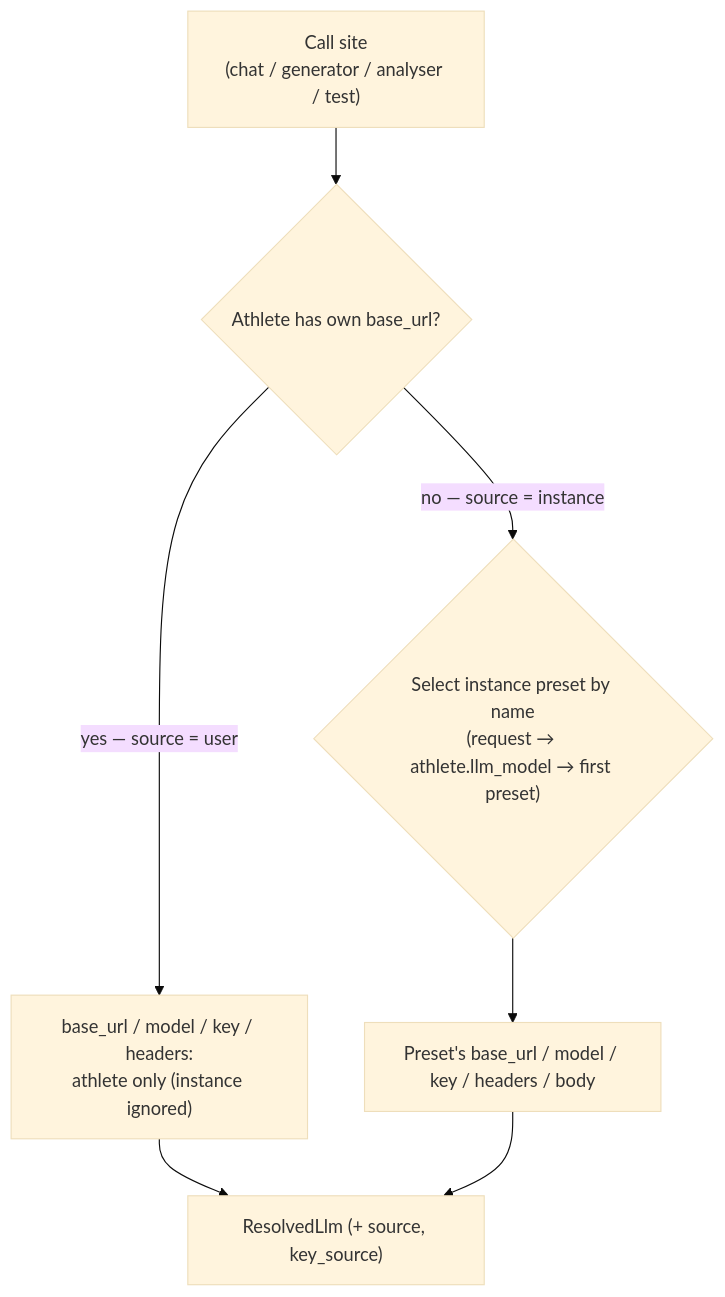
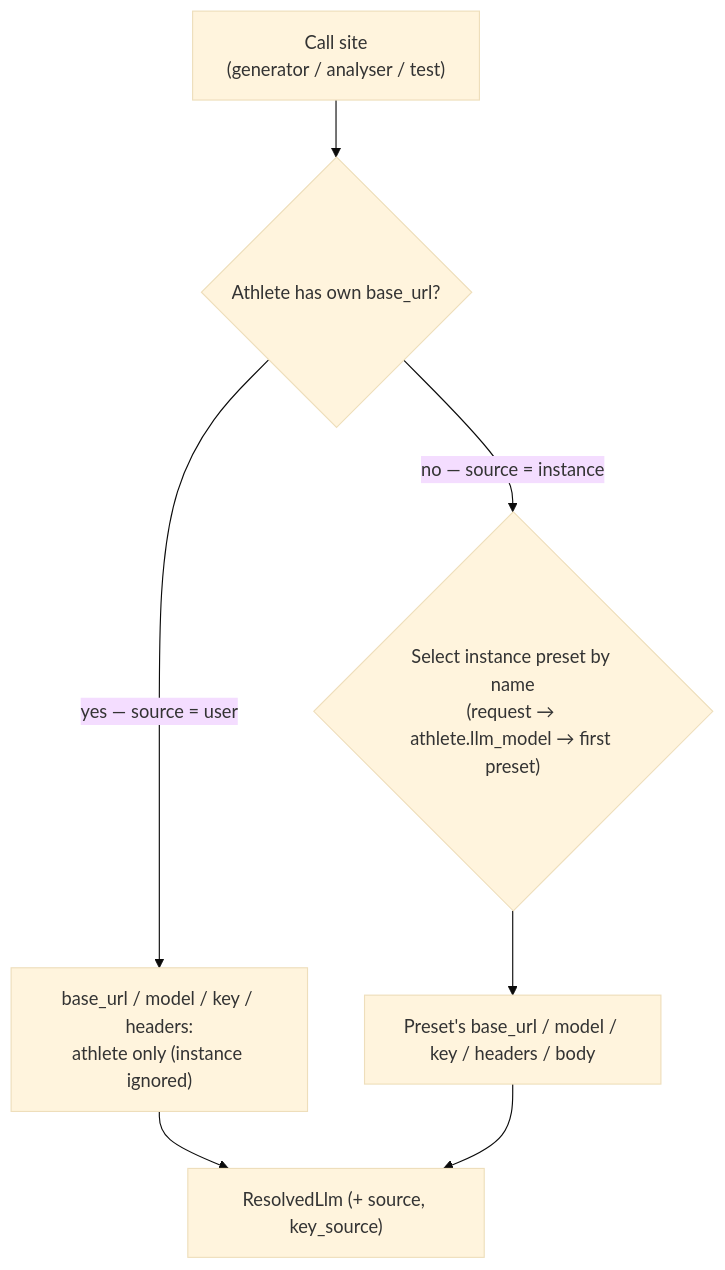
The diagram in docs/architecture/llm.md (openkoutsi/openkoutsi-arch), drawn with Mermaid (base theme) before and after one commit. The commit also changed other lines of this file and 1 other file, not shown here.

````diff
--- a/docs/architecture/llm.md
+++ b/docs/architecture/llm.md
@@ -117,9 +126,9 @@
 ```mermaid
 flowchart TD
-    Req["Call site<br/>(chat / generator / analyser / test)"] --> BYOK{"Athlete has own base_url?"}
+    Req["Call site<br/>(generator / analyser / test)"] --> BYOK{"Athlete has own base_url?"}
     BYOK -->|"yes — source = user"| U["base_url / model / key / headers:<br/>athlete only (instance ignored)"]
     BYOK -->|"no — source = instance"| Sel{"Select instance preset by name<br/>(request → athlete.llm_model → first preset)"}
     Sel --> P["Preset's base_url / model / key / headers / body"]
     U --> RL["ResolvedLlm (+ source, key_source)"]
     P --> RL
 ```
````
